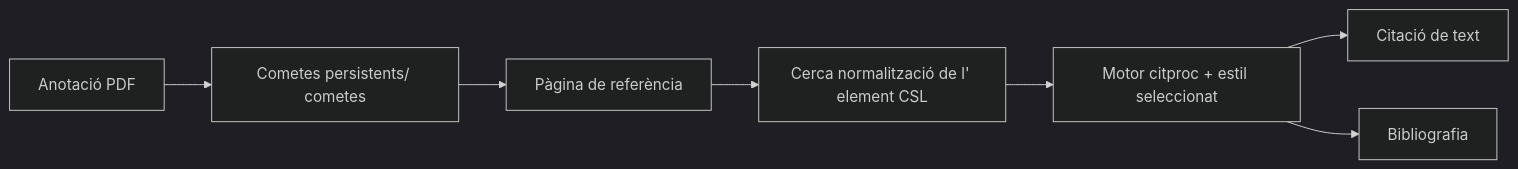
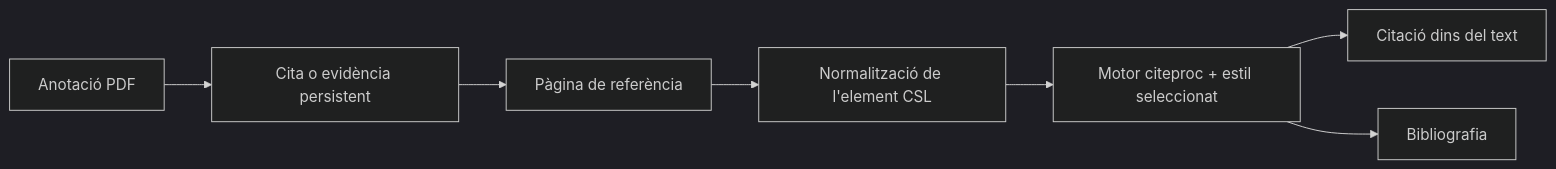
The diagram in docs/engineering-ca/domains/reader-references.md (ismigar/Gnosi), drawn with Mermaid (dark theme) before and after one commit. The commit also changed other lines of this file and 96 other files, not shown here.

````diff
--- a/docs/engineering-ca/domains/reader-references.md
+++ b/docs/engineering-ca/domains/reader-references.md
@@ -119,9 +203,9 @@
 ```mermaid
 flowchart LR
-    Record["Pàgina de referència"] --> CSL["Cerca normalització de l' element CSL"]
-    CSL --> Citeproc["Motor citproc + estil seleccionat"]
-    Citeproc --> Text["Citació de text"]
+    Record["Pàgina de referència"] --> CSL["Normalització de l'element CSL"]
+    CSL --> Citeproc["Motor citeproc + estil seleccionat"]
+    Citeproc --> Text["Citació dins del text"]
     Citeproc --> Bibliography["Bibliografia"]
-    Annotation["Anotació PDF"] --> Evidence["Cometes persistents/ cometes"]
+    Annotation["Anotació PDF"] --> Evidence["Cita o evidència persistent"]
     Evidence --> Record
 ```
````
